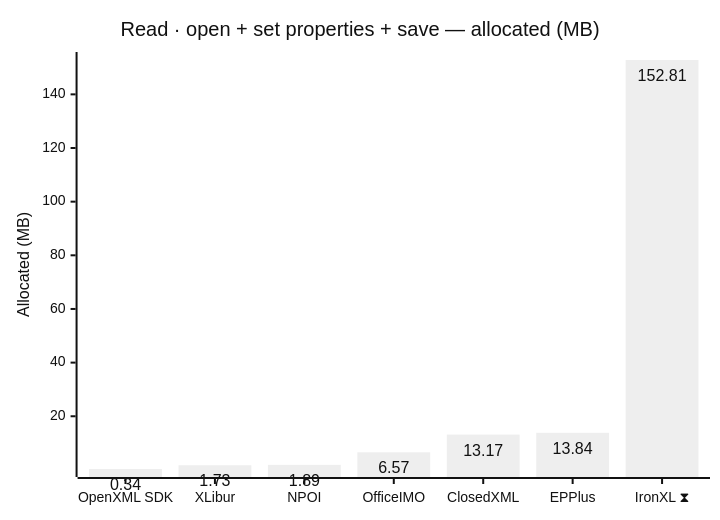
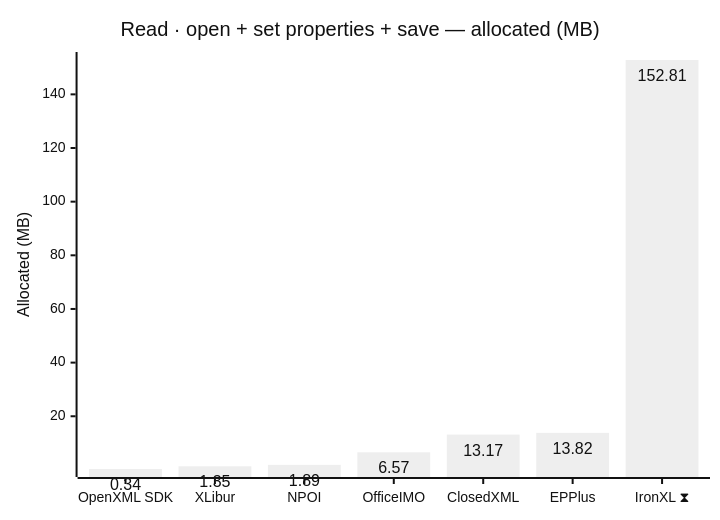
Before and after one commit to jafin/XLBench: the second of 12 diagrams in docs/results-ci.md, drawn with Mermaid (neutral theme). The commit also changed other lines of this file, not shown here.

````diff
--- a/docs/results-ci.md
+++ b/docs/results-ci.md
@@ -56,12 +56,12 @@
 ```mermaid
 ---
 config:
   xyChart:
     showDataLabel: true
 ---
 xychart-beta
     title "Read · open + set properties + save — allocated (MB)"
     x-axis ["OpenXML SDK", "XLibur", "NPOI", "OfficeIMO", "ClosedXML", "EPPlus", "IronXL ⧗"]
     y-axis "Allocated (MB)"
-    bar [0.34, 1.73, 1.89, 6.57, 13.17, 13.84, 152.81]
+    bar [0.34, 1.35, 1.89, 6.57, 13.17, 13.82, 152.81]
 ```
````
